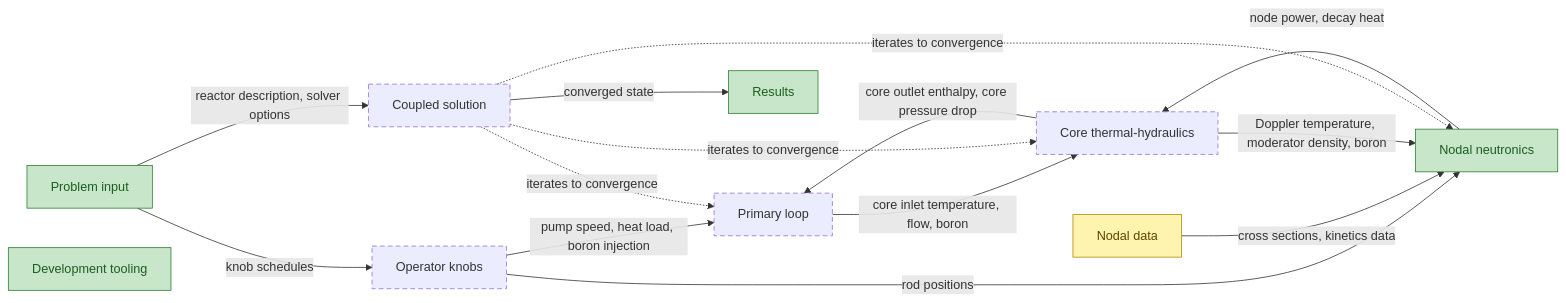
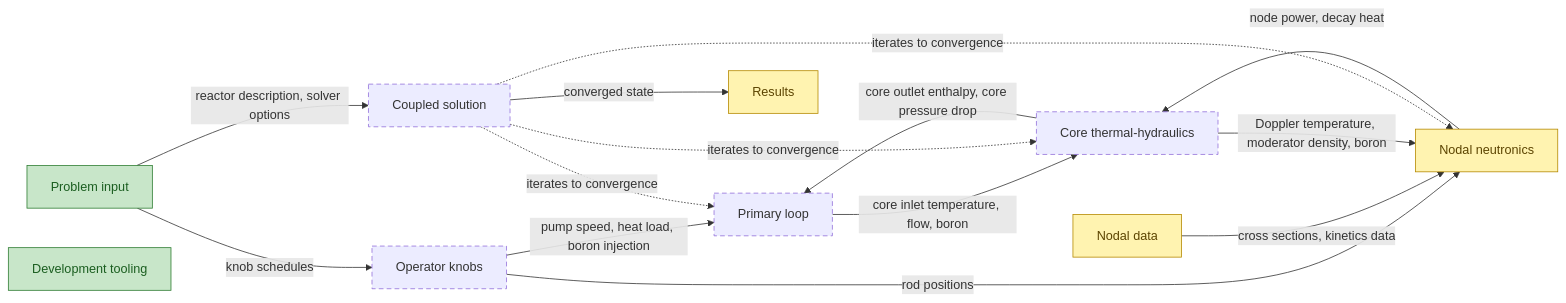
The first of 16 diagrams in Planning/DBC/CONCEPTS.md (aurja130/URUS), drawn with Mermaid before and after one commit. The commit also changed other lines of this file and 5 other files, not shown here.

````diff
--- a/Planning/DBC/CONCEPTS.md
+++ b/Planning/DBC/CONCEPTS.md
@@ -20,24 +20,24 @@
 ```mermaid
 flowchart LR
 classDef implemented fill:#c8e6c9,stroke:#2e7d32,color:#1b5e20
 classDef partial fill:#fff3b0,stroke:#b58900,color:#5c4400
 classDef planned stroke-dasharray:6 4
 classDef external fill:#eeeeee,stroke:#9e9e9e,stroke-dasharray:1 3,color:#616161
 ProblemInput["Problem input"] -->|knob schedules| Knobs["Operator knobs"]
 ProblemInput -->|reactor description, solver options| Coupling["Coupled solution"]
 Knobs -->|pump speed, heat load, boron injection| PrimaryLoop["Primary loop"]
 Knobs -->|rod positions| Neutronics["Nodal neutronics"]
 NodalLibrary["Nodal data"] -->|cross sections, kinetics data| Neutronics
 PrimaryLoop -->|core inlet temperature, flow, boron| CoreThermalHydraulics["Core thermal-hydraulics"]
 CoreThermalHydraulics -->|core outlet enthalpy, core pressure drop| PrimaryLoop
 Neutronics -->|node power, decay heat| CoreThermalHydraulics
 CoreThermalHydraulics -->|Doppler temperature, moderator density, boron| Neutronics
 Coupling -.->|iterates to convergence| Neutronics
 Coupling -.->|iterates to convergence| CoreThermalHydraulics
 Coupling -.->|iterates to convergence| PrimaryLoop
 Coupling -->|converged state| Results["Results"]
 Tooling["Development tooling"]
 class Knobs,CoreThermalHydraulics,PrimaryLoop,Coupling planned
-class ProblemInput,Neutronics,Results,Tooling implemented
-class NodalLibrary partial
+class ProblemInput,Tooling implemented
+class NodalLibrary,Neutronics,Results partial
 ```
````
